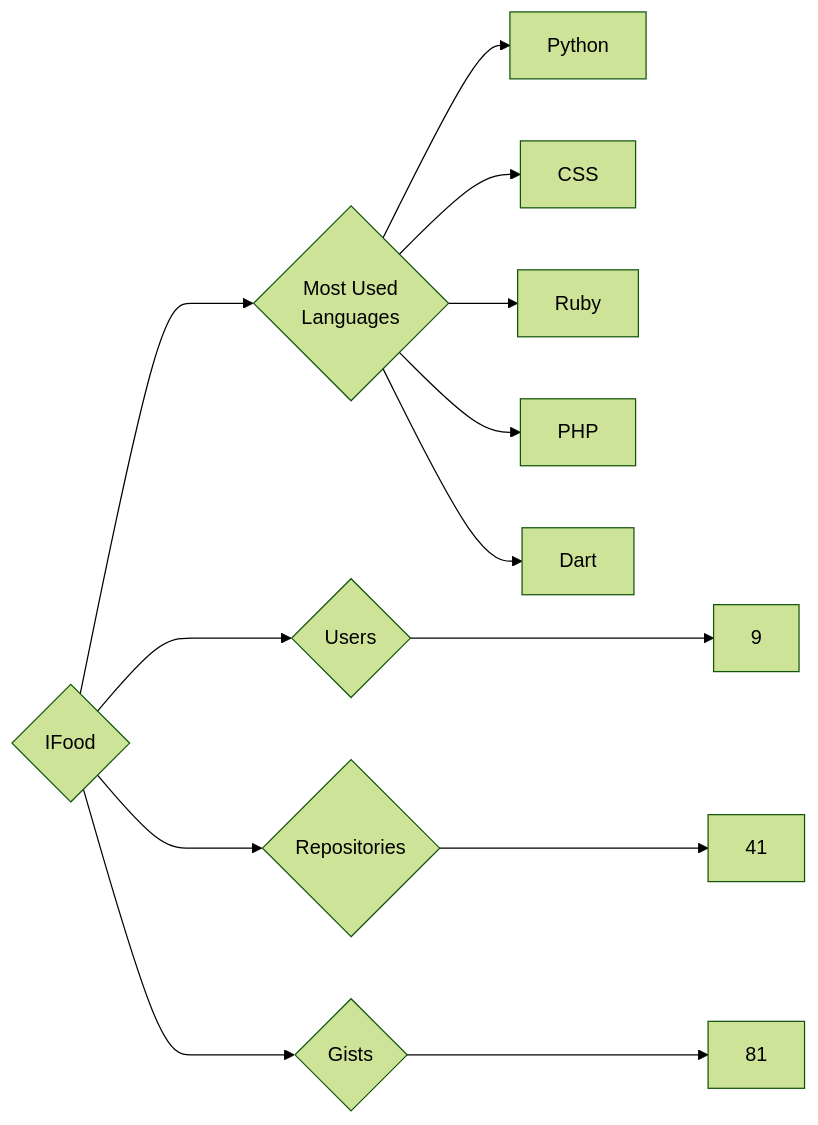
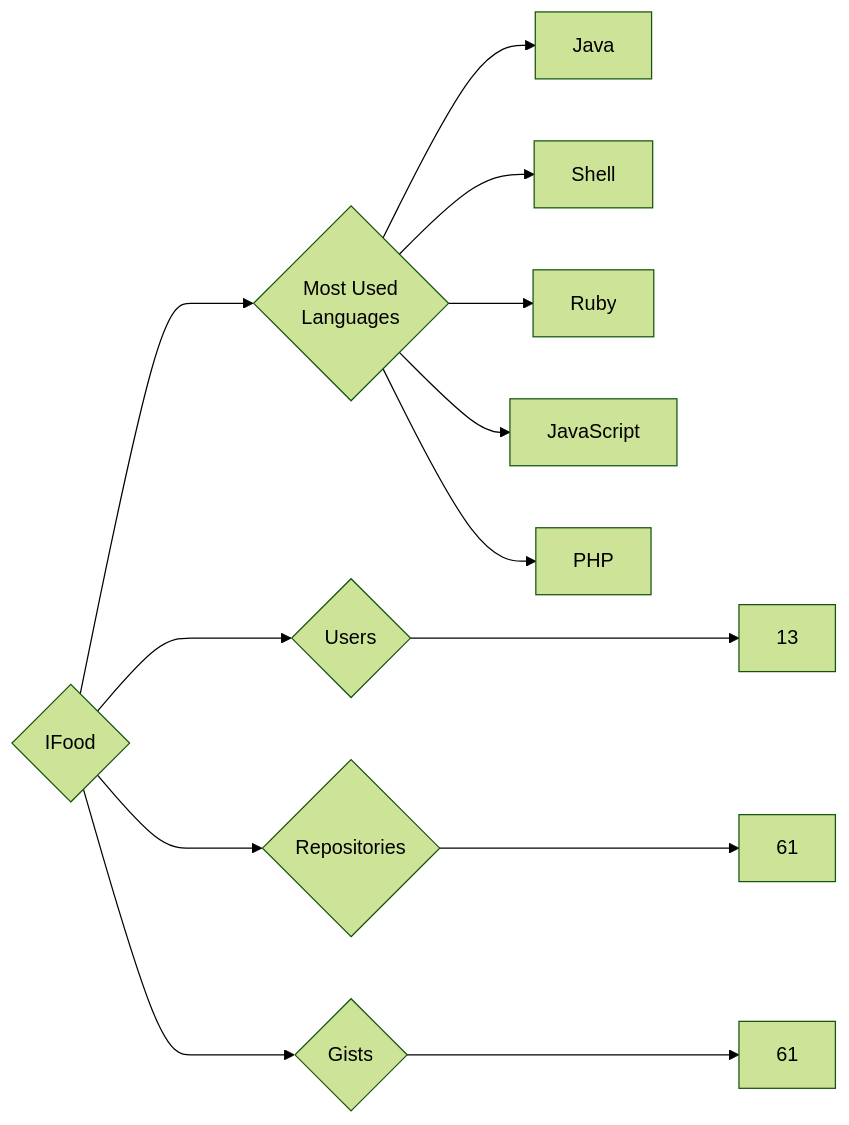
Before and after one commit to trickest/insiders: the diagram in targets/IFood/README.md, drawn with Mermaid (forest theme). The commit also changed 840 other files, not shown here.

````diff
--- a/targets/IFood/README.md
+++ b/targets/IFood/README.md
@@ -3,13 +3,13 @@
 ```mermaid
 graph LR
 COMPANY_NAME{IFood}
-COMPANY_NAME ---> U{Users} ---> UN[9]
-COMPANY_NAME ---> R{Repositories} ---> RN[41]
-COMPANY_NAME ---> G{Gists} ---> GN[81]
+COMPANY_NAME ---> U{Users} ---> UN[13]
+COMPANY_NAME ---> R{Repositories} ---> RN[61]
+COMPANY_NAME ---> G{Gists} ---> GN[61]
 COMPANY_NAME ---> ML{Most Used<br>Languages}
-ML --> Python[Python]
-ML --> CSS[CSS]
+ML --> Java[Java]
+ML --> Shell[Shell]
 ML --> Ruby[Ruby]
+ML --> JavaScript[JavaScript]
 ML --> PHP[PHP]
-ML --> Dart[Dart]
 ```
````
